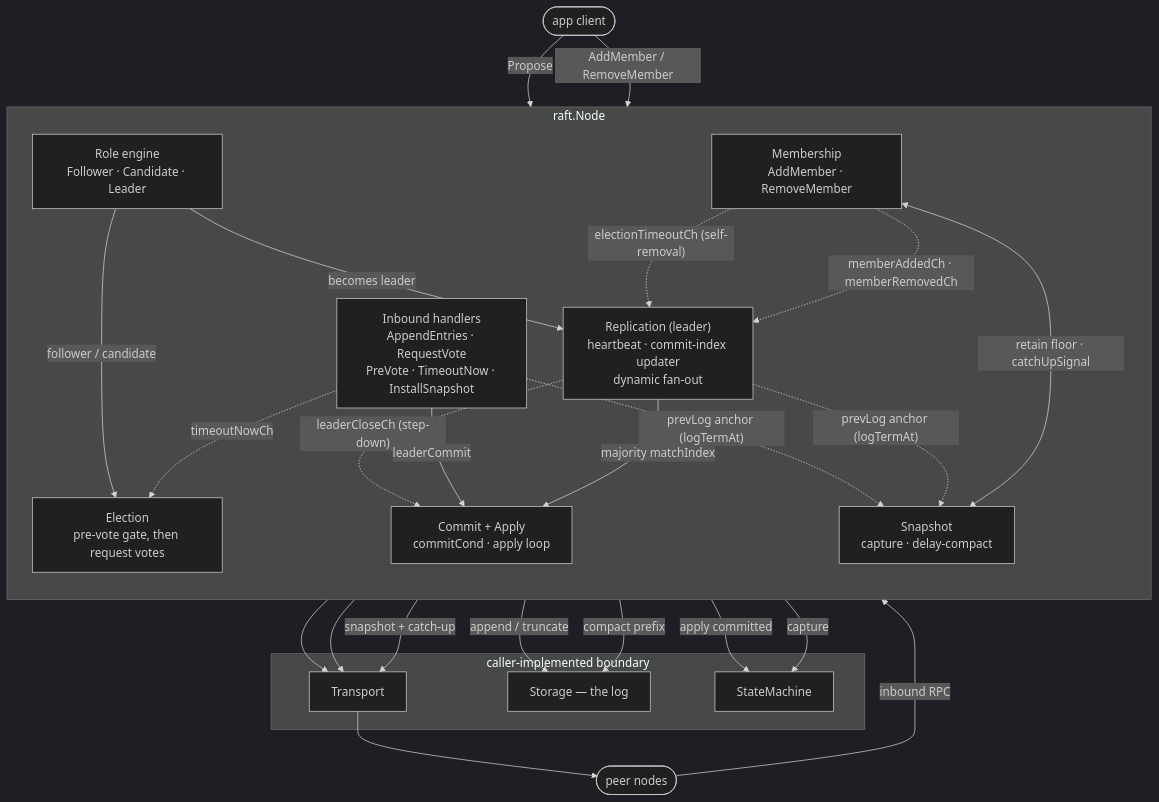
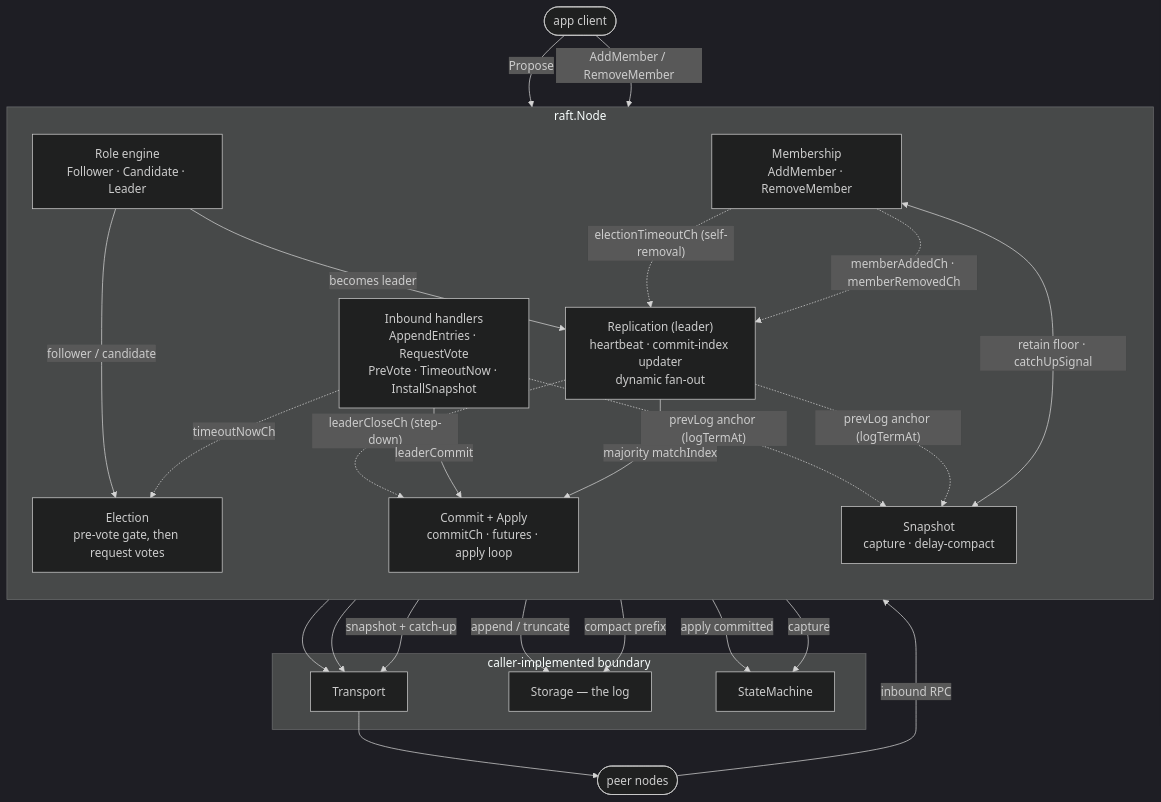
Before and after one commit to SHREYANSHSINGH14/raft: the diagram in docs/architecture.mmd, drawn with Mermaid (dark theme). The commit also changed 4 other files, not shown here.

```diff
--- a/docs/architecture.mmd
+++ b/docs/architecture.mmd
@@ -1,55 +1,55 @@
 %% raft — clean block map of one node. View at mermaid.live, or: mmdc -i architecture.mmd -o architecture.svg
 %% Per-concern diagrams with prose live in docs/architecture.md
 flowchart TB
     CLIENT(["app client"])
     PEERS(["peer nodes"])
 
     subgraph NODE["raft.Node"]
         direction TB
         ROLES["Role engine<br/>Follower · Candidate · Leader"]
         ELECT["Election<br/>pre-vote gate, then request votes"]
         REPL["Replication (leader)<br/>heartbeat · commit-index updater<br/>dynamic fan-out"]
         HAND["Inbound handlers<br/>AppendEntries · RequestVote<br/>PreVote · TimeoutNow · InstallSnapshot"]
         MEMB["Membership<br/>AddMember · RemoveMember"]
-        CMT["Commit + Apply<br/>commitCond · apply loop"]
+        CMT["Commit + Apply<br/>commitCh · futures · apply loop"]
         SNAP["Snapshot<br/>capture · delay-compact"]
     end
 
     subgraph BND["caller-implemented boundary"]
         TR["Transport"]
         ST["Storage — the log"]
         SM["StateMachine"]
     end
 
     %% control flow: role drives election vs replication
     ROLES -->|becomes leader| REPL
     ROLES -->|follower / candidate| ELECT
 
     %% who calls in
     CLIENT -->|Propose| CMT
     CLIENT -->|AddMember / RemoveMember| MEMB
     PEERS -->|inbound RPC| HAND
 
     %% TimeoutNow and step-down are signals, never direct transitions
     HAND -.->|"timeoutNowCh"| ELECT
     MEMB -.->|"electionTimeoutCh (self-removal)"| REPL
     MEMB -.->|"memberAddedCh · memberRemovedCh"| REPL
     REPL -.->|"leaderCloseCh (step-down)"| CMT
 
     %% RPCs out
     ELECT --> TR
     REPL --> TR
     MEMB -->|snapshot + catch-up| TR
     TR --> PEERS
 
     %% commit and apply
     HAND -->|leaderCommit| CMT
     REPL -->|majority matchIndex| CMT
     CMT -->|apply committed| SM
     HAND -->|append / truncate| ST
 
     %% snapshot + membership coupling
     SNAP -->|capture| SM
     SNAP -->|compact prefix| ST
     HAND & REPL -.->|"prevLog anchor (logTermAt)"| SNAP
     MEMB <-->|"retain floor · catchUpSignal"| SNAP
```
